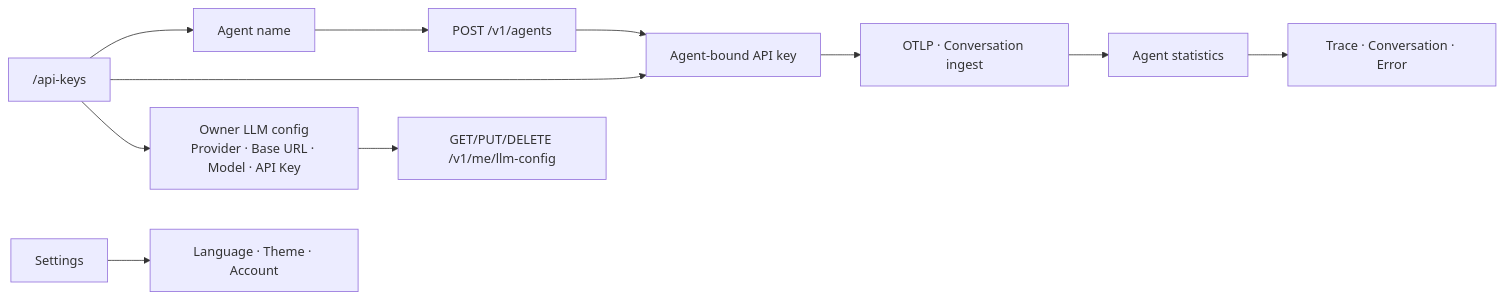
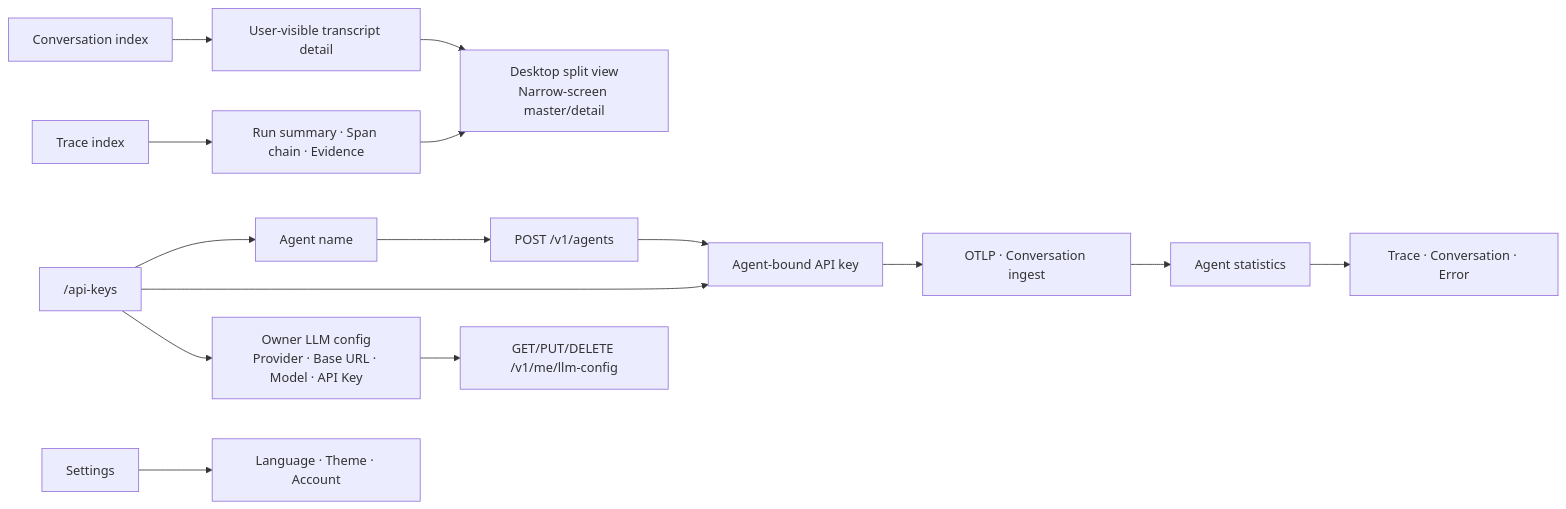
Before and after one commit to fightheyyy/CATENA: the second of 2 diagrams in catena-web/SPEC.md, drawn with Mermaid. The commit also changed other lines of this file and 20 other files, not shown here.

````diff
--- a/catena-web/SPEC.md
+++ b/catena-web/SPEC.md
@@ -25,13 +26,17 @@
 ```mermaid
 flowchart LR
+    Conversation["Conversation index"] --> ConversationDetail["User-visible transcript detail"]
+    Trace["Trace index"] --> TraceDetail["Run summary · Span chain · Evidence"]
+    ConversationDetail --> Responsive["Desktop split view<br/>Narrow-screen master/detail"]
+    TraceDetail --> Responsive
     Stats["Agent statistics"] --> Evidence["Trace · Conversation · Error"]
     Keys["/api-keys"] --> Name["Agent name"]
     Name --> API["POST /v1/agents"]
     API --> Credential["Agent-bound API key"]
     Keys --> Credential
     Keys --> ModelConfig["Owner LLM config<br/>Provider · Base URL · Model · API Key"]
     ModelConfig --> Go["GET/PUT/DELETE /v1/me/llm-config"]
     Credential --> Ingest["OTLP · Conversation ingest"]
     Ingest --> Stats
     Settings["Settings"] --> Preferences["Language · Theme · Account"]
 ```
````
